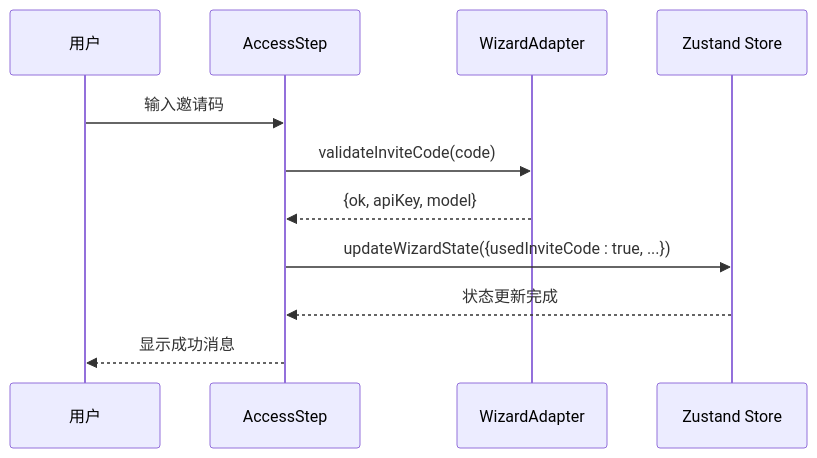
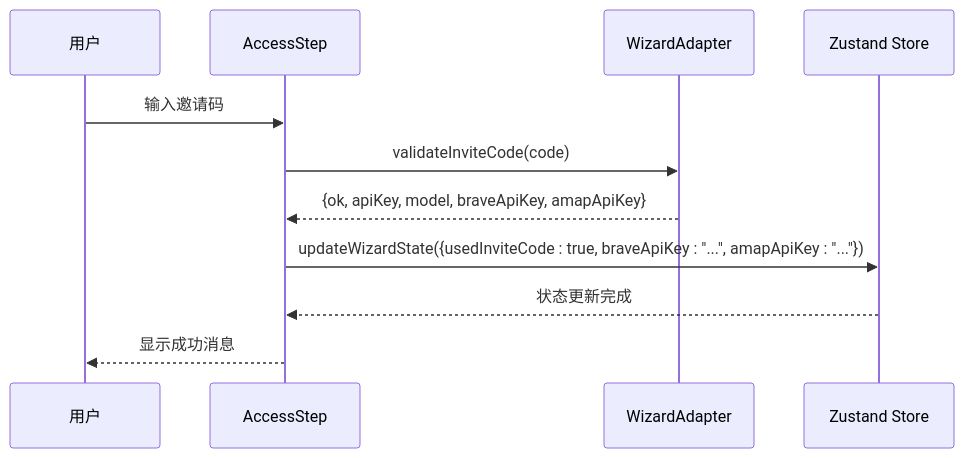
Before and after one commit to verse-ai-org/openclaw: the tenth of 14 diagrams in .qoder/repowiki/zh/content/设置向导状态管理.md, drawn with Mermaid. The commit also changed other lines of this file and 7 other files, not shown here.

````diff
--- a/.qoder/repowiki/zh/content/设置向导状态管理.md
+++ b/.qoder/repowiki/zh/content/设置向导状态管理.md
@@ -379,13 +410,13 @@
 ```mermaid
 sequenceDiagram
 participant User as 用户
 participant AccessStep as AccessStep
 participant Adapter as WizardAdapter
 participant Store as Zustand Store
 User->>AccessStep : 输入邀请码
 AccessStep->>Adapter : validateInviteCode(code)
-Adapter-->>AccessStep : {ok, apiKey, model}
-AccessStep->>Store : updateWizardState({usedInviteCode : true, ...})
+Adapter-->>AccessStep : {ok, apiKey, model, braveApiKey, amapApiKey}
+AccessStep->>Store : updateWizardState({usedInviteCode : true, braveApiKey : "...", amapApiKey : "..."})
 Store-->>AccessStep : 状态更新完成
 AccessStep-->>User : 显示成功消息
 ```
````
